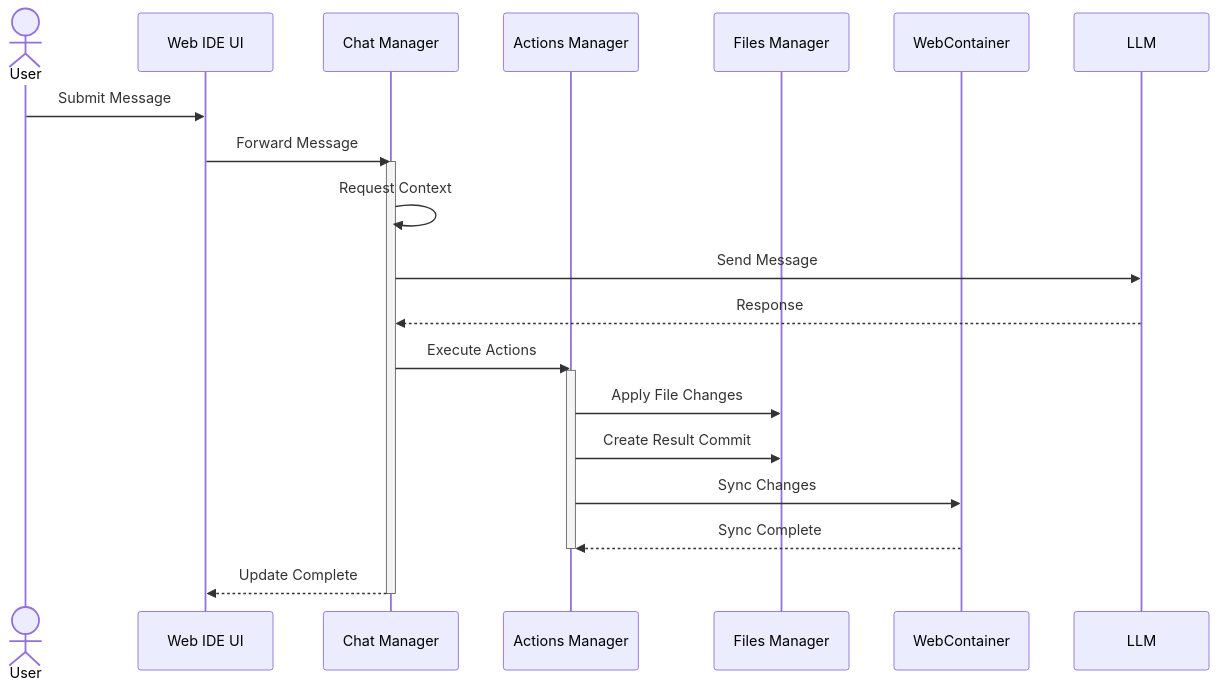
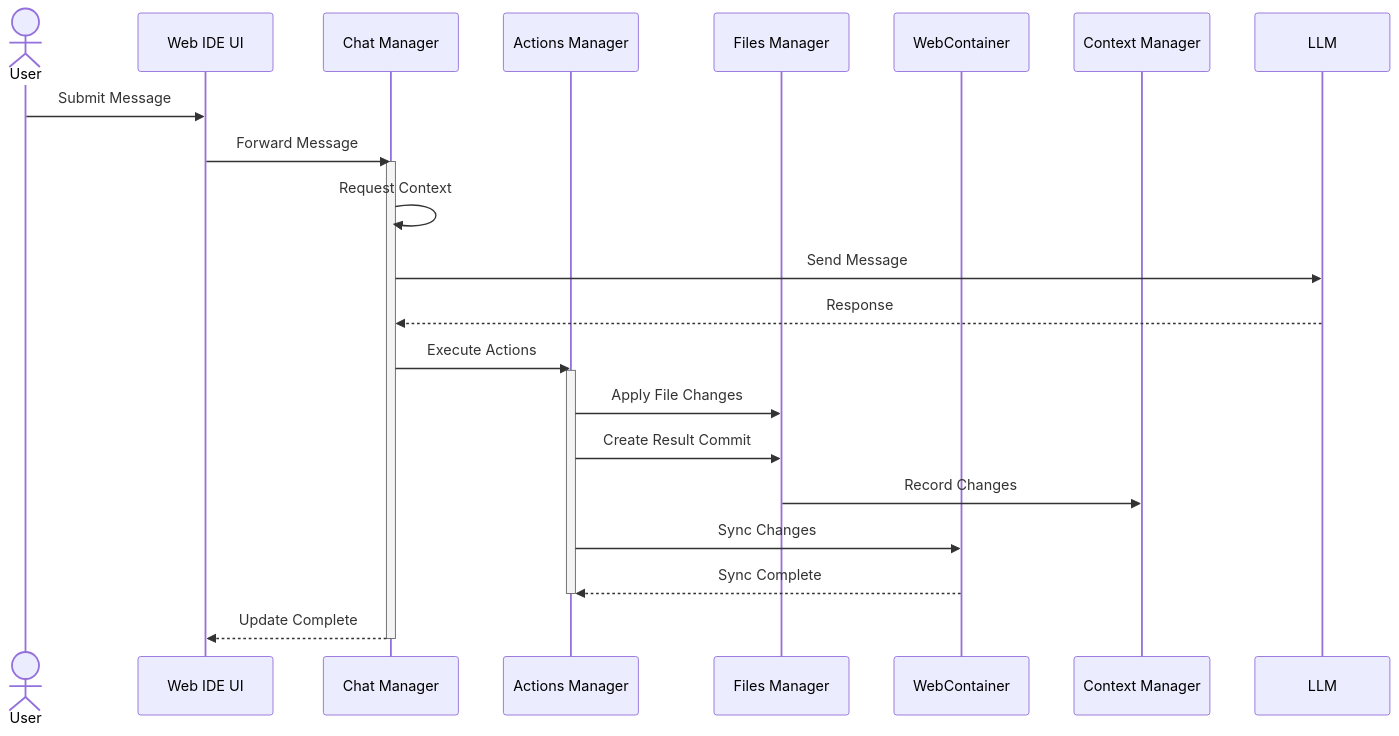
One commit to mrsimpson/piddie changed the second of 16 diagrams in architecture.md. Above: the diagram before and after it, drawn with Mermaid. The commit also changed other lines of this file, not shown here.

Commit message:
Peer-Review Gemini: Prompt manager

````diff
--- a/architecture.md
+++ b/architecture.md
@@ -68,28 +70,30 @@
 ```mermaid
 sequenceDiagram
     actor User
     participant UI as Web IDE UI
     participant CHM as Chat Manager
     participant AM as Actions Manager
     participant FM as Files Manager
     participant WC as WebContainer
+    participant CM as Context Manager
     
     User->>UI: Submit Message
     UI->>CHM: Forward Message
     
     activate CHM
     CHM->>CHM: Request Context
     CHM->>LLM: Send Message
     LLM-->>CHM: Response
     CHM->>AM: Execute Actions
     
     activate AM
     AM->>FM: Apply File Changes
     AM->>FM: Create Result Commit
+    FM->>CM: Record Changes
     AM->>WC: Sync Changes
     WC-->>AM: Sync Complete
     deactivate AM
     
     CHM-->>UI: Update Complete
     deactivate CHM
 ```
````
